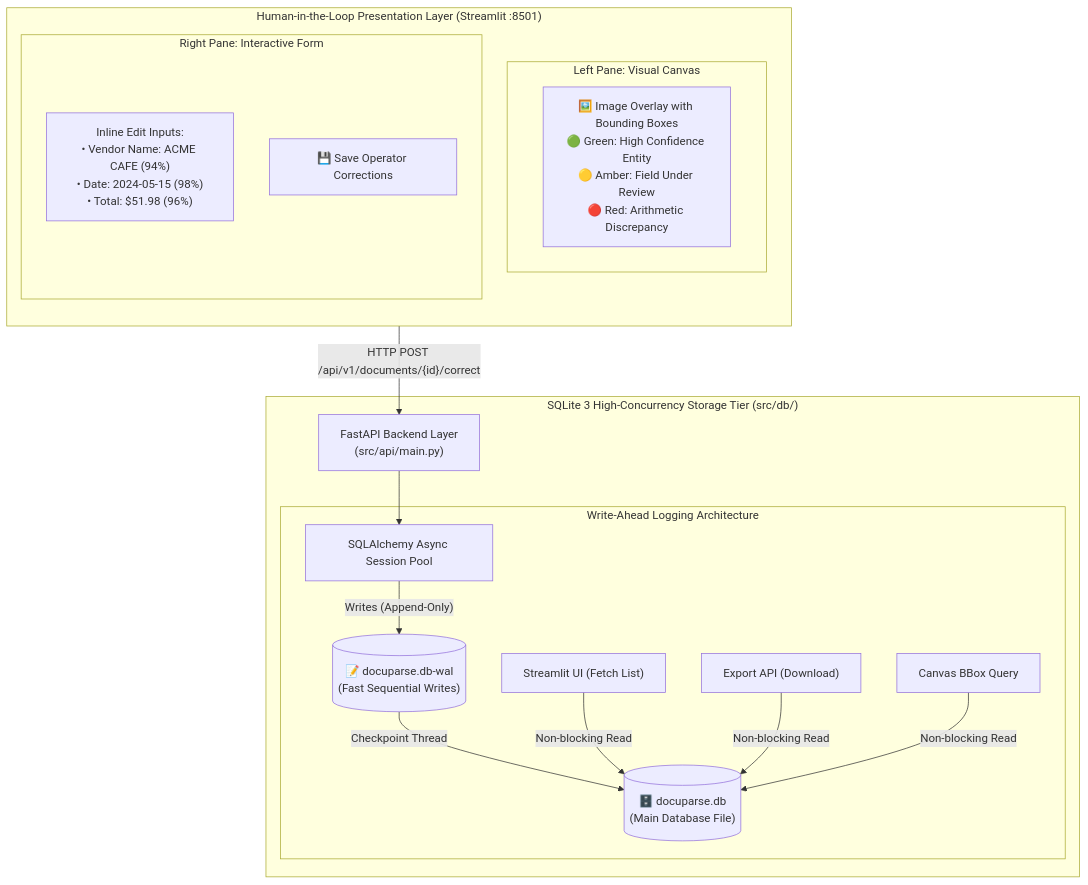
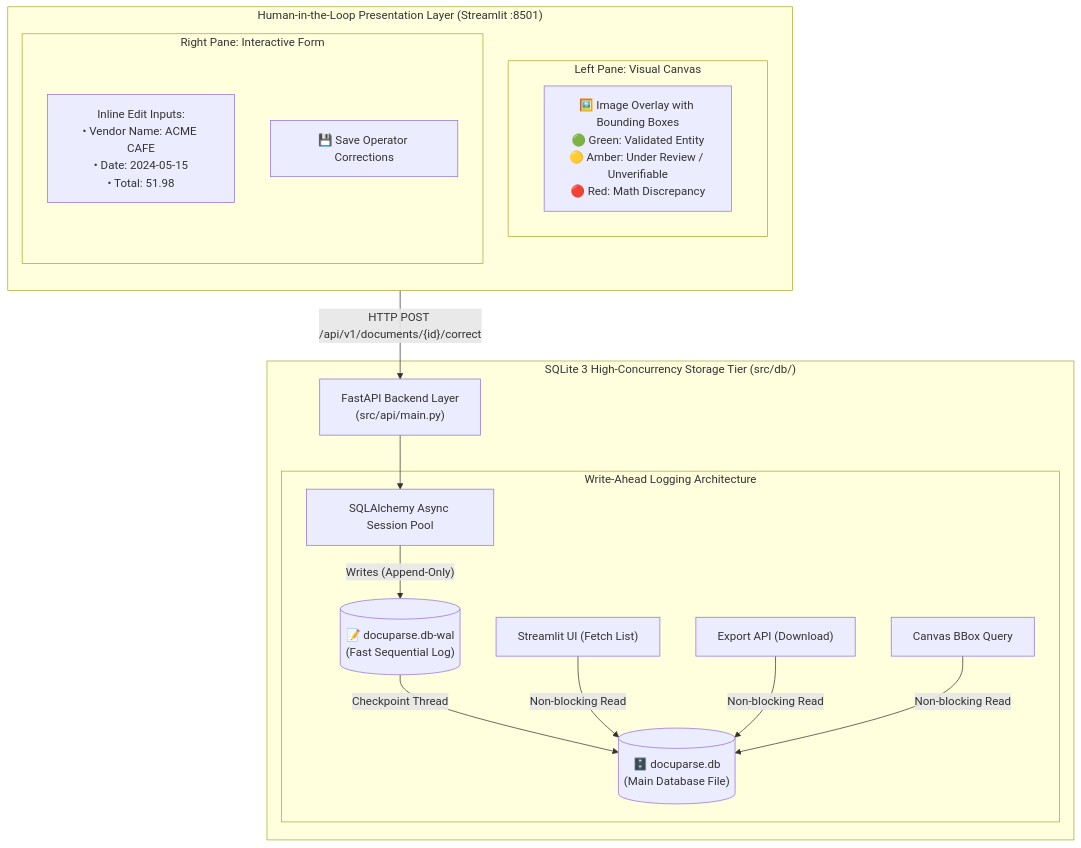
One commit to HarshkumarG007/DocuParseAi changed the fifth of 6 diagrams in README.md. Above: the diagram before and after it, drawn with Mermaid. The commit also changed other lines of this file and 3 other files, not shown here.

````diff
--- a/README.md
+++ b/README.md
@@ -370,28 +298,28 @@
 ```mermaid
 flowchart TD
     subgraph UI ["Human-in-the-Loop Presentation Layer (Streamlit :8501)"]
         direction TB
         subgraph Canvas ["Left Pane: Visual Canvas"]
-            ImgOverlay["🖼️ Image Overlay with Bounding Boxes<br>🟢 Green: High Confidence Entity<br>🟡 Amber: Field Under Review<br>🔴 Red: Arithmetic Discrepancy"]
+            ImgOverlay["🖼️ Image Overlay with Bounding Boxes<br>🟢 Green: Validated Entity<br>🟡 Amber: Under Review / Unverifiable<br>🔴 Red: Math Discrepancy"]
         end
         subgraph Editor ["Right Pane: Interactive Form"]
-            Fields["Inline Edit Inputs:<br>• Vendor Name: ACME CAFE (94%)<br>• Date: 2024-05-15 (98%)<br>• Total: $51.98 (96%)"]
+            Fields["Inline Edit Inputs:<br>• Vendor Name: ACME CAFE<br>• Date: 2024-05-15<br>• Total: 51.98"]
             SaveBtn["💾 Save Operator Corrections"]
         end
     end
 
     SaveBtn -->|"HTTP POST /api/v1/documents/{id}/correct"| API["FastAPI Backend Layer<br>(src/api/main.py)"]
 
     subgraph StorageEngine ["SQLite 3 High-Concurrency Storage Tier (src/db/)"]
         API --> SessionPool["SQLAlchemy Async Session Pool"]
         
         subgraph WALMechanism ["Write-Ahead Logging Architecture"]
-            SessionPool -->|"Writes (Append-Only)"| WALFile[("📝 docuparse.db-wal<br>(Fast Sequential Writes)")]
+            SessionPool -->|"Writes (Append-Only)"| WALFile[("📝 docuparse.db-wal<br>(Fast Sequential Log)")]
             WALFile -->|"Checkpoint Thread"| MainDB[("🗄️ docuparse.db<br>(Main Database File)")]
             
             Reader1["Streamlit UI (Fetch List)"] -->|"Non-blocking Read"| MainDB
             Reader2["Export API (Download)"] -->|"Non-blocking Read"| MainDB
             Reader3["Canvas BBox Query"] -->|"Non-blocking Read"| MainDB
         end
     end
 ```
````
